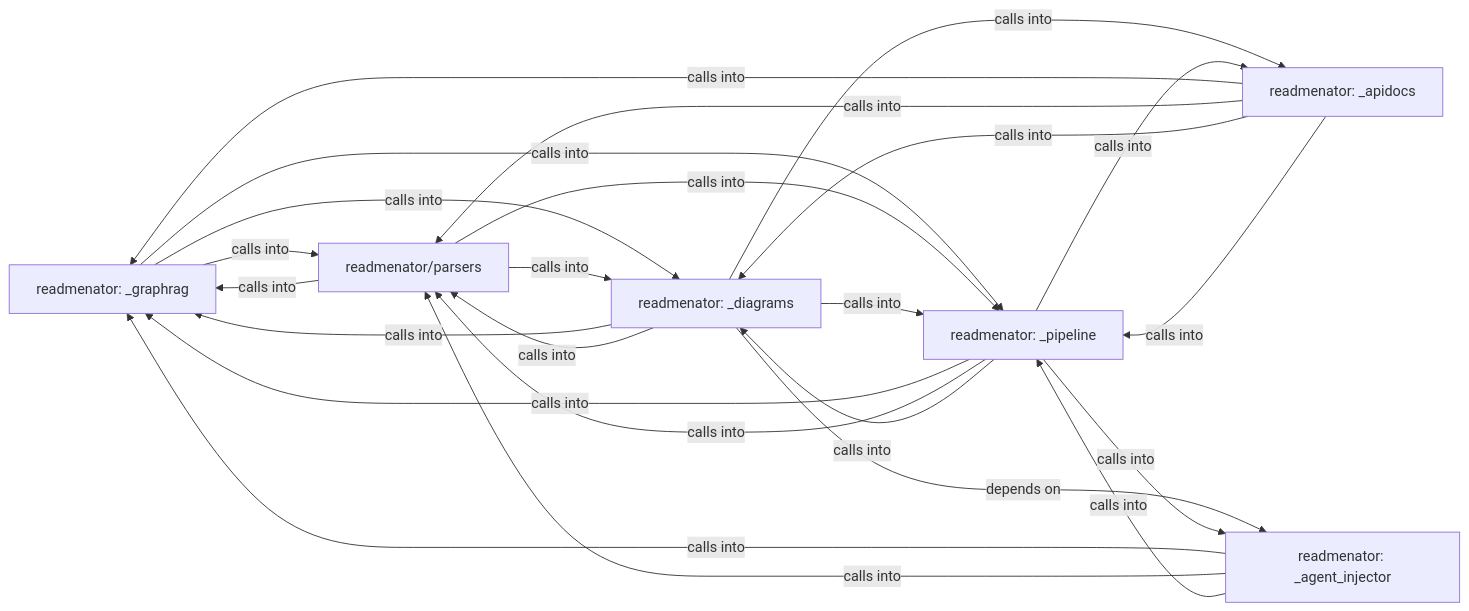
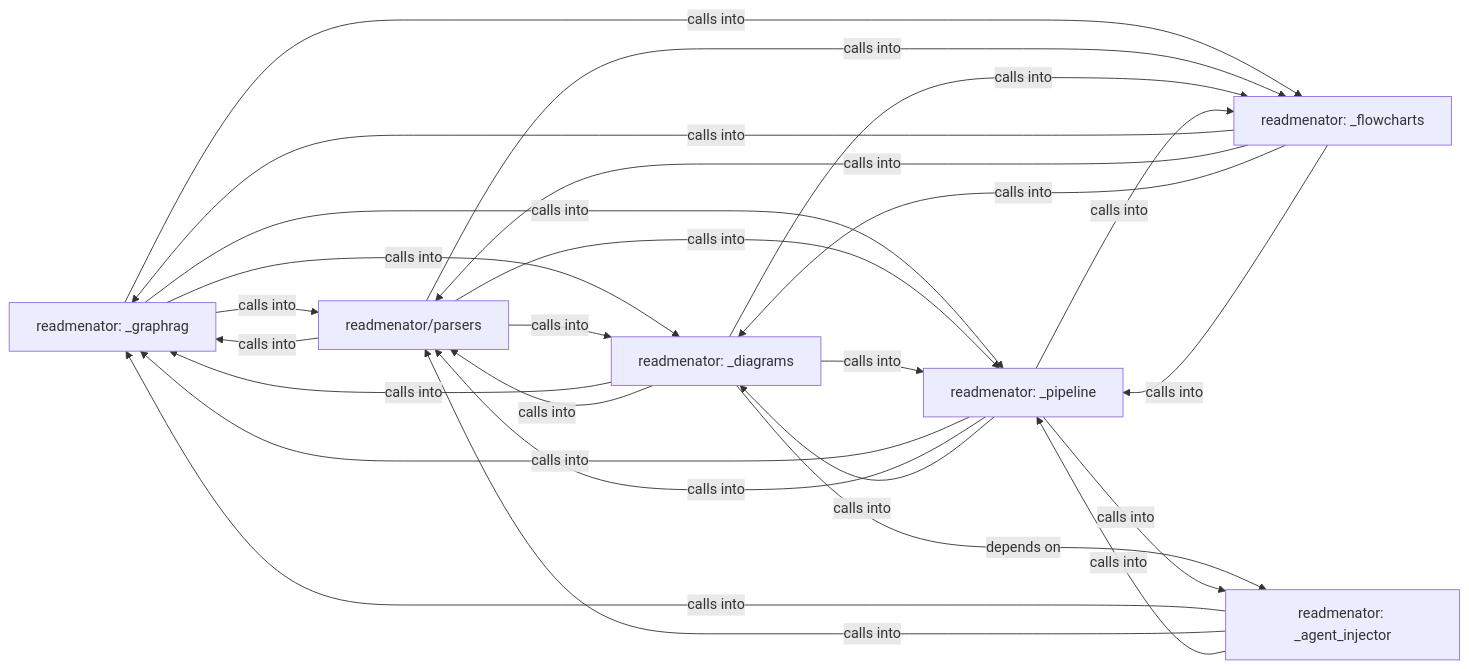
The diagram in docs/md/readmenator-diagrams/overview.md (grisuno/ReadMenator), drawn with Mermaid before and after one commit. The commit also changed other lines of this file and 224 other files, not shown here.

Commit message:
new diagrams :D

````diff
--- a/docs/md/readmenator-diagrams/overview.md
+++ b/docs/md/readmenator-diagrams/overview.md
@@ -1,37 +1,39 @@
 ```mermaid
 graph LR
     readmenator__graphrag["readmenator: _graphrag"]
     readmenator_parsers["readmenator/parsers"]
     readmenator__diagrams["readmenator: _diagrams"]
     readmenator__pipeline["readmenator: _pipeline"]
-    readmenator__apidocs["readmenator: _apidocs"]
+    readmenator__flowcharts["readmenator: _flowcharts"]
     readmenator__agent_injector["readmenator: _agent_injector"]
     readmenator__graphrag -- "calls into" --> readmenator_parsers
     readmenator__graphrag -- "calls into" --> readmenator__diagrams
     readmenator__graphrag -- "calls into" --> readmenator__pipeline
+    readmenator__graphrag -- "calls into" --> readmenator__flowcharts
     readmenator_parsers -- "calls into" --> readmenator__graphrag
     readmenator_parsers -- "calls into" --> readmenator__diagrams
     readmenator_parsers -- "calls into" --> readmenator__pipeline
+    readmenator_parsers -- "calls into" --> readmenator__flowcharts
     readmenator__diagrams -- "calls into" --> readmenator__graphrag
     readmenator__diagrams -- "calls into" --> readmenator_parsers
     readmenator__diagrams -- "calls into" --> readmenator__pipeline
-    readmenator__diagrams -- "calls into" --> readmenator__apidocs
+    readmenator__diagrams -- "calls into" --> readmenator__flowcharts
     readmenator__diagrams -- "depends on" --> readmenator__agent_injector
     readmenator__pipeline -- "calls into" --> readmenator__graphrag
     readmenator__pipeline -- "calls into" --> readmenator_parsers
     readmenator__pipeline -- "calls into" --> readmenator__diagrams
-    readmenator__pipeline -- "calls into" --> readmenator__apidocs
+    readmenator__pipeline -- "calls into" --> readmenator__flowcharts
     readmenator__pipeline -- "calls into" --> readmenator__agent_injector
-    readmenator__apidocs -- "calls into" --> readmenator__graphrag
-    readmenator__apidocs -- "calls into" --> readmenator_parsers
-    readmenator__apidocs -- "calls into" --> readmenator__diagrams
-    readmenator__apidocs -- "calls into" --> readmenator__pipeline
+    readmenator__flowcharts -- "calls into" --> readmenator__graphrag
+    readmenator__flowcharts -- "calls into" --> readmenator_parsers
+    readmenator__flowcharts -- "calls into" --> readmenator__diagrams
+    readmenator__flowcharts -- "calls into" --> readmenator__pipeline
     readmenator__agent_injector -- "calls into" --> readmenator__graphrag
     readmenator__agent_injector -- "calls into" --> readmenator_parsers
     readmenator__agent_injector -- "calls into" --> readmenator__pipeline
     click readmenator__graphrag href "./readmenator__graphrag.md" "Details"
     click readmenator_parsers href "./readmenator_parsers.md" "Details"
     click readmenator__diagrams href "./readmenator__diagrams.md" "Details"
     click readmenator__pipeline href "./readmenator__pipeline.md" "Details"
-    click readmenator__apidocs href "./readmenator__apidocs.md" "Details"
+    click readmenator__flowcharts href "./readmenator__flowcharts.md" "Details"
 ```
````
